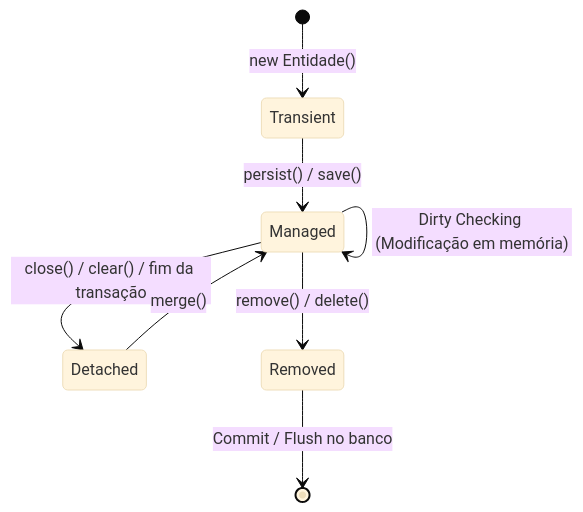
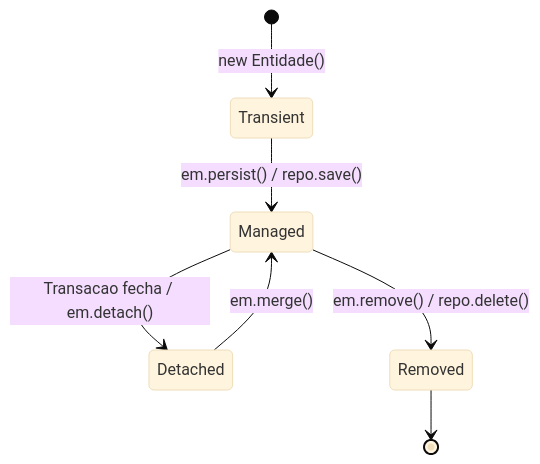
One commit to murilolol/unifef changed diagram 20 of 23 in 4º Semestre/[Prof. Jefferson Passerini] Laboratório de Programação IV/Resumos-IA/Simulados-Comentados.md. Above: the diagram before and after it, drawn with Mermaid (base theme). The commit also changed other lines of this file and 58 other files, not shown here.

````diff
--- a/4º Semestre/[Prof. Jefferson Passerini] Laboratório de Programação IV/Resumos-IA/Simulados-Comentados.md
+++ b/4º Semestre/[Prof. Jefferson Passerini] Laboratório de Programação IV/Resumos-IA/Simulados-Comentados.md
@@ -927,13 +1066,9 @@
 ```mermaid
 stateDiagram-v2
- [*] --> Transient: new Entidade()
- Transient --> Managed: persist() / save()
- 
- Managed --> Detached: close() / clear() / fim da transação
- Detached --> Managed: merge()
- 
- Managed --> Removed: remove() / delete()
- Removed --> [*]: Commit / Flush no banco
- 
- Managed --> Managed: Dirty Checking (Modificação em memória)
+    [*] --> Transient : new Entidade()
+    Transient --> Managed : em.persist() / repo.save()
+    Managed --> Detached : Transacao fecha / em.detach()
+    Detached --> Managed : em.merge()
+    Managed --> Removed : em.remove() / repo.delete()
+    Removed --> [*]
 ```
````
